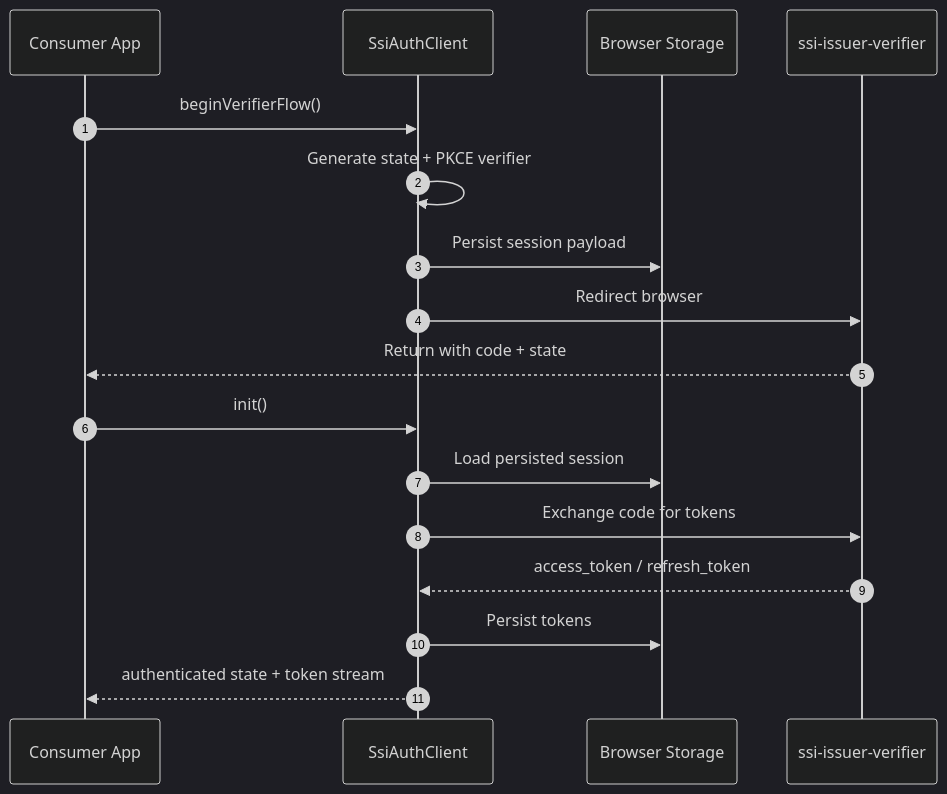
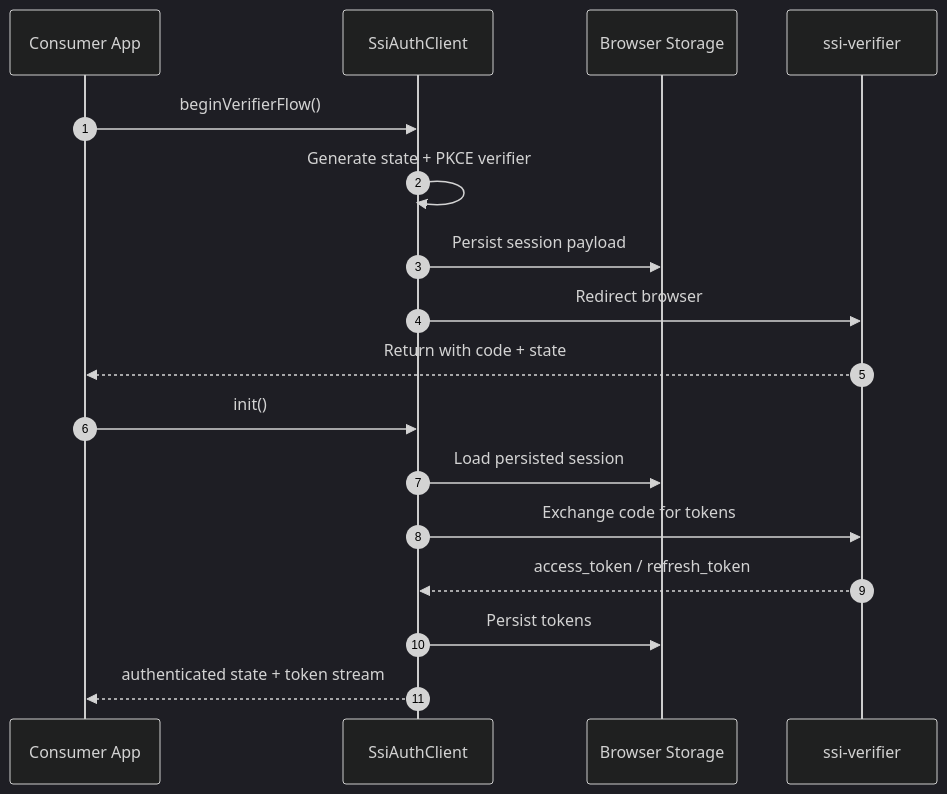
The seventh of 8 diagrams in README.md (gcassata74/ssi-ecosystem), drawn with Mermaid (dark theme) before and after one commit. The commit also changed other lines of this file and 216 other files, not shown here.

First line of the commit message:
Refactor mono-platform into ssi-issuer and ssi-verifier, add ssi-common; update README and docker-compose

````diff
--- a/README.md
+++ b/README.md
@@ -474,20 +413,20 @@
 ```mermaid
 sequenceDiagram
     autonumber
     participant App as Consumer App
     participant SDK as SsiAuthClient
     participant Storage as Browser Storage
-    participant Portal as ssi-issuer-verifier
+    participant Verifier as ssi-verifier
 
     App->>SDK: beginVerifierFlow()
     SDK->>SDK: Generate state + PKCE verifier
     SDK->>Storage: Persist session payload
-    SDK->>Portal: Redirect browser
-    Portal-->>App: Return with code + state
+    SDK->>Verifier: Redirect browser
+    Verifier-->>App: Return with code + state
     App->>SDK: init()
     SDK->>Storage: Load persisted session
-    SDK->>Portal: Exchange code for tokens
-    Portal-->>SDK: access_token / refresh_token
+    SDK->>Verifier: Exchange code for tokens
+    Verifier-->>SDK: access_token / refresh_token
     SDK->>Storage: Persist tokens
     SDK-->>App: authenticated state + token stream
 ```
````
